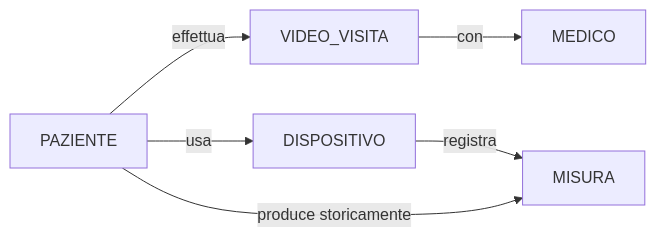
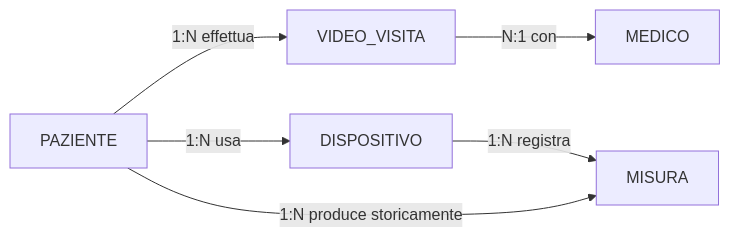
Before and after one commit to lucadagati/Lab_Fondamenti_di_Informatica_25_26: the second of 4 diagrams in 08-progettazione-er/esercizi/03-esercizio-telemedicina.md, drawn with Mermaid. The commit also changed other lines of this file and 60 other files, not shown here.

Commit message:
Add Chen ER step-by-step draw.io diagrams and fix layout

````diff
--- a/08-progettazione-er/esercizi/03-esercizio-telemedicina.md
+++ b/08-progettazione-er/esercizi/03-esercizio-telemedicina.md
@@ -58,8 +58,8 @@
 ```mermaid
 flowchart LR
-    P[PAZIENTE] -->|effettua| VV[VIDEO_VISITA]
-    VV -->|con| M[MEDICO]
-    P -->|usa| D[DISPOSITIVO]
-    D -->|registra| MS[MISURA]
-    P -->|produce storicamente| MS
+    P[PAZIENTE] -->|1:N effettua| VV[VIDEO_VISITA]
+    VV -->|N:1 con| M[MEDICO]
+    P -->|1:N usa| D[DISPOSITIVO]
+    D -->|1:N registra| MS[MISURA]
+    P -->|1:N produce storicamente| MS
 ```
````
